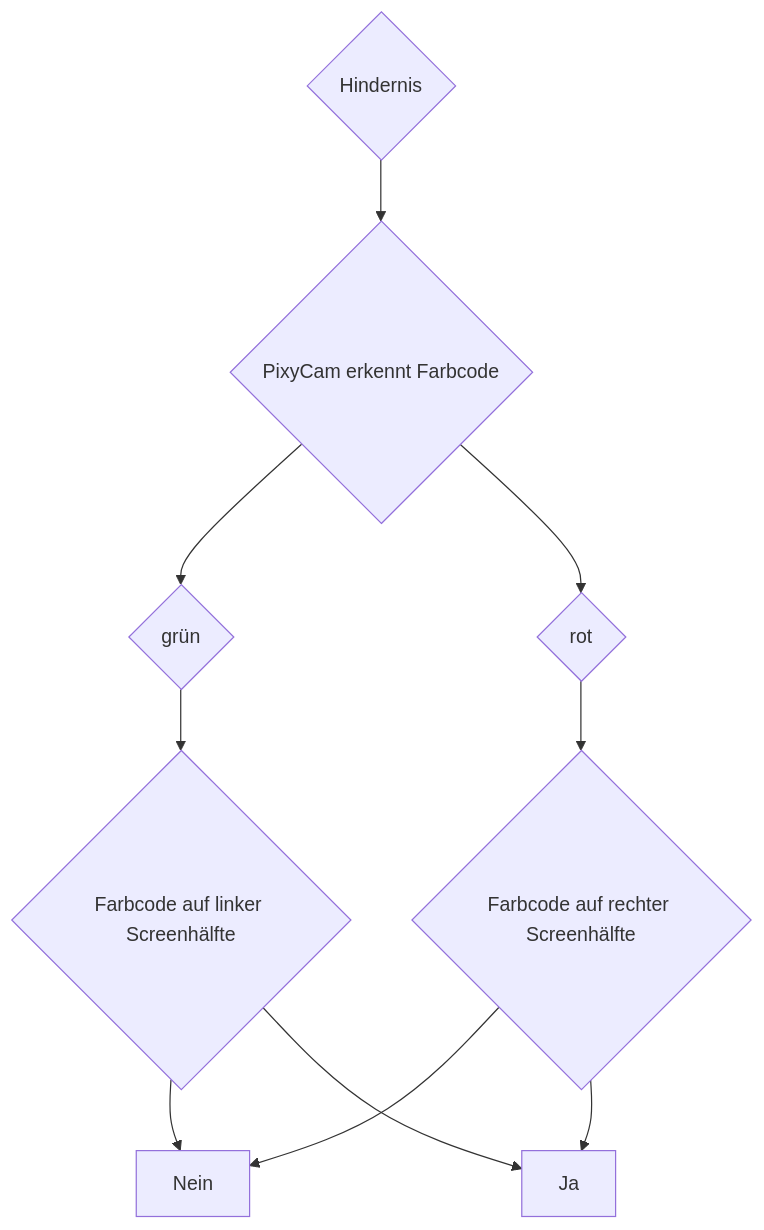
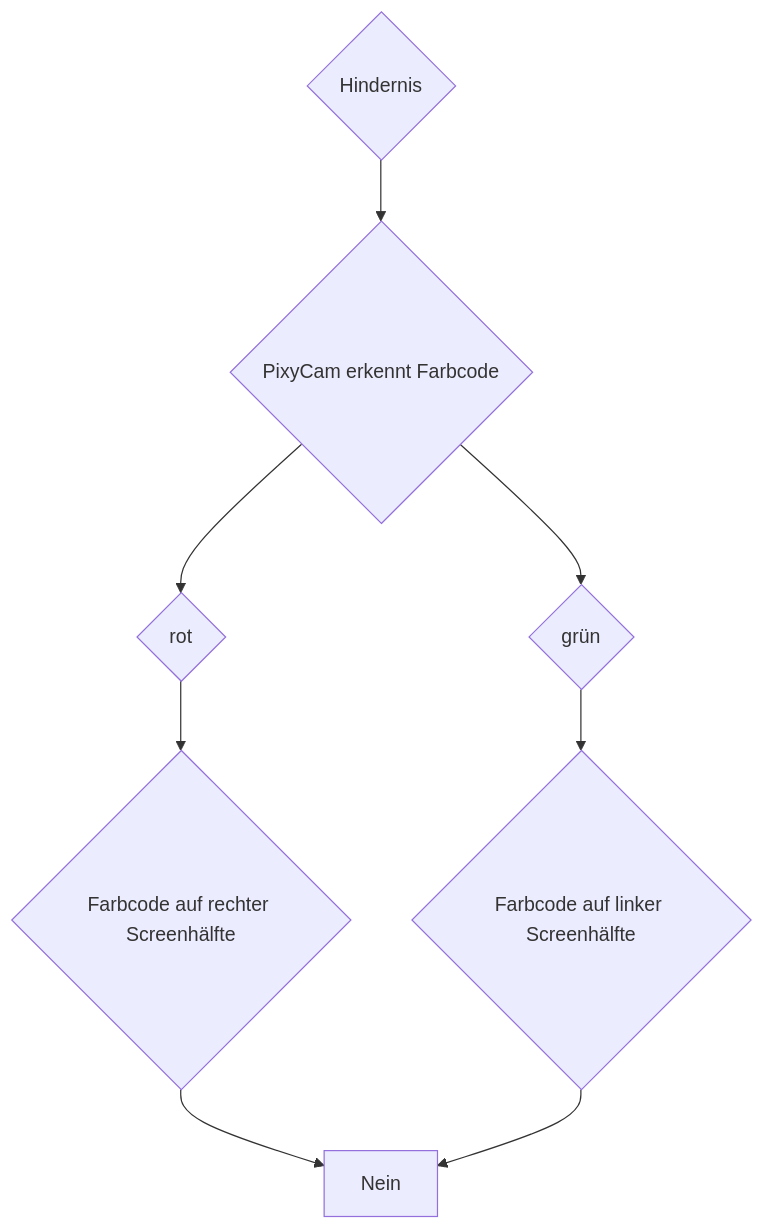
The diagram in Programme/Hindernisrennen/README.md (SchroedingersBit/PfortGTPanama), drawn with Mermaid before and after one commit.

````diff
--- a/Programme/Hindernisrennen/README.md
+++ b/Programme/Hindernisrennen/README.md
@@ -4,10 +4,9 @@
 ```mermaid
 graph TB;
 A{Hindernis} -->B{PixyCam erkennt Farbcode};
 B-->E{grün}-->C1{Farbcode auf linker Screenhälfte};
 B-->C{rot}-->C2{Farbcode auf rechter Screenhälfte};
 C2 --> Nein; 
 C1 --> Nein;
-C1-->Ja;
-C2-->Ja;
+
 ```
````
